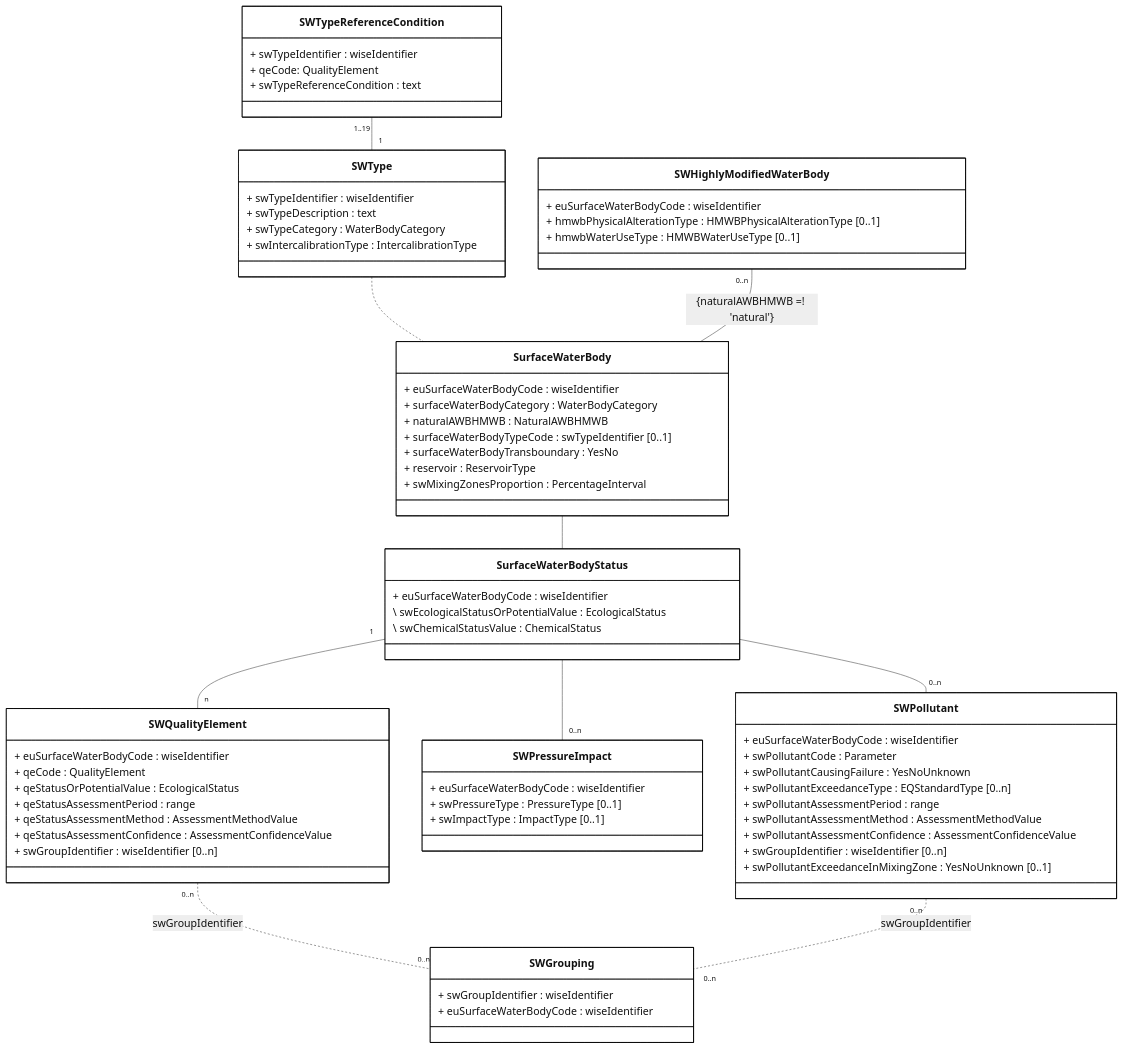
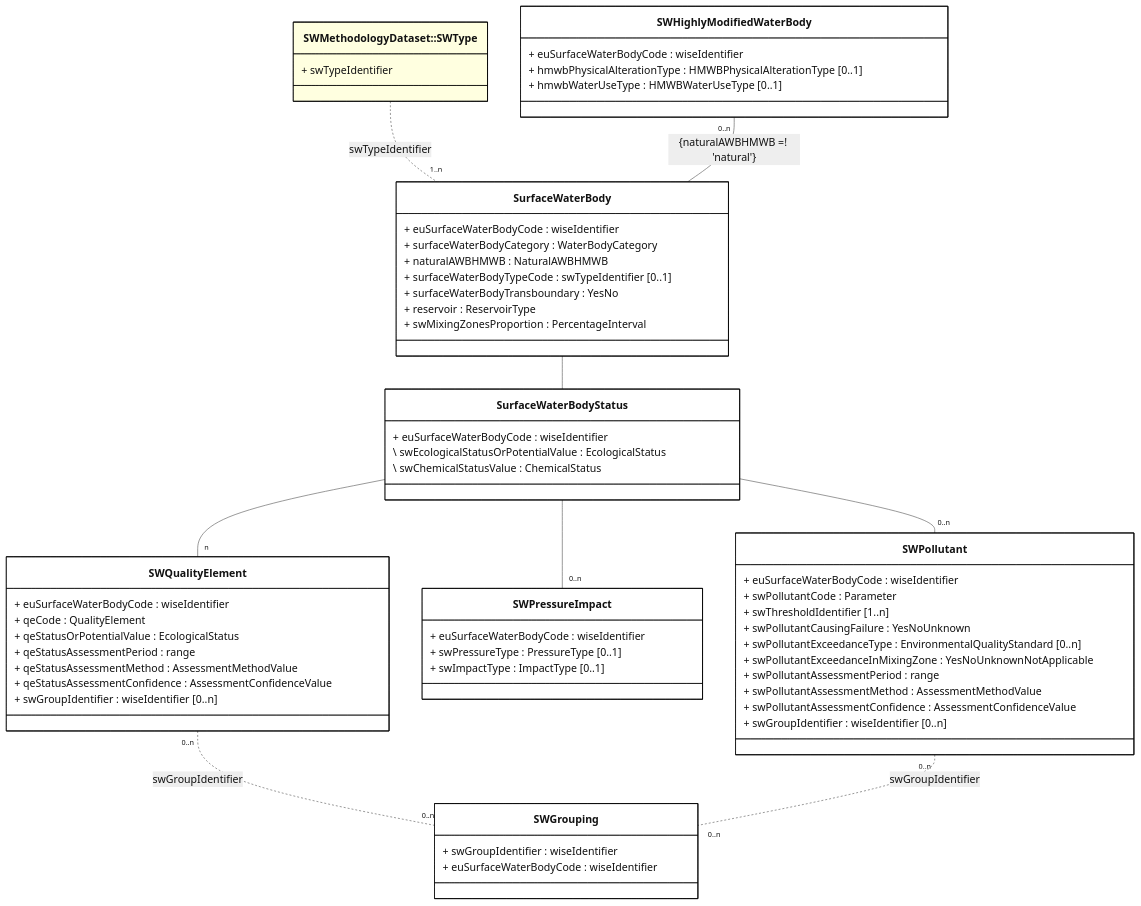
One commit to eeadata/WISE.WFD.Documentation changed the diagram in docs/DataModelReview/mmd/SurfaceWater_4thCycle_DescriptiveData_ClassDiagram.mmd. Above: the diagram before and after it, drawn with Mermaid. The commit also changed 12 other files, not shown here.

```diff
--- a/docs/DataModelReview/mmd/SurfaceWater_4thCycle_DescriptiveData_ClassDiagram.mmd
+++ b/docs/DataModelReview/mmd/SurfaceWater_4thCycle_DescriptiveData_ClassDiagram.mmd
@@ -1,90 +1,83 @@
 ---
 config:
   class:
     hideEmptyMembersBox: true
   layout: dagre
   theme: neutral
 ---
 classDiagram
 direction TB
 
 class SurfaceWaterBody {
     + euSurfaceWaterBodyCode : wiseIdentifier
     + surfaceWaterBodyCategory : WaterBodyCategory
     + naturalAWBHMWB : NaturalAWBHMWB
     + surfaceWaterBodyTypeCode : swTypeIdentifier [0..1]
     + surfaceWaterBodyTransboundary : YesNo
     + reservoir : ReservoirType
     + swMixingZonesProportion : PercentageInterval
 }
 
-class SWType {
-    + swTypeIdentifier : wiseIdentifier
-    + swTypeDescription : text
-    + swTypeCategory : WaterBodyCategory
-    + swIntercalibrationType : IntercalibrationType
-}
-
-class SWTypeReferenceCondition {
-    + swTypeIdentifier : wiseIdentifier
-    + qeCode: QualityElement
-    + swTypeReferenceCondition : text
-}
-
 class SurfaceWaterBodyStatus {
     + euSurfaceWaterBodyCode : wiseIdentifier
     \ swEcologicalStatusOrPotentialValue : EcologicalStatus
     \ swChemicalStatusValue : ChemicalStatus
 }
 
 class SWPollutant {
     + euSurfaceWaterBodyCode : wiseIdentifier
     + swPollutantCode : Parameter
+    + swThresholdIdentifier [1..n]
     + swPollutantCausingFailure : YesNoUnknown
-    + swPollutantExceedanceType : EQStandardType [0..n]
+    + swPollutantExceedanceType : EnvironmentalQualityStandard [0..n]
+    + swPollutantExceedanceInMixingZone : YesNoUnknownNotApplicable
+    
     + swPollutantAssessmentPeriod : range
     + swPollutantAssessmentMethod : AssessmentMethodValue
     + swPollutantAssessmentConfidence : AssessmentConfidenceValue
     + swGroupIdentifier : wiseIdentifier [0..n]
-    + swPollutantExceedanceInMixingZone : YesNoUnknown [0..1]
 }
 
 class SWPressureImpact {
     + euSurfaceWaterBodyCode : wiseIdentifier
     + swPressureType : PressureType [0..1]
     + swImpactType : ImpactType  [0..1]
 }
 
 class SWHighlyModifiedWaterBody {
     + euSurfaceWaterBodyCode : wiseIdentifier
     + hmwbPhysicalAlterationType : HMWBPhysicalAlterationType [0..1]
     + hmwbWaterUseType : HMWBWaterUseType [0..1]
 }
 
 class SWQualityElement{
     + euSurfaceWaterBodyCode : wiseIdentifier
     + qeCode : QualityElement
     + qeStatusOrPotentialValue : EcologicalStatus
     + qeStatusAssessmentPeriod : range
     + qeStatusAssessmentMethod : AssessmentMethodValue
     + qeStatusAssessmentConfidence : AssessmentConfidenceValue
     + swGroupIdentifier : wiseIdentifier [0..n]
 }
 class SWGrouping{
     + swGroupIdentifier : wiseIdentifier
     + euSurfaceWaterBodyCode : wiseIdentifier
 }
 
-SWTypeReferenceCondition "1..19" -- "1" SWType
-SWType .. SurfaceWaterBody
+class SWType ["SWMethodologyDataset::SWType"]:::otherDataset{
++ swTypeIdentifier
+}
+
+SWType .. "1..n" SurfaceWaterBody : swTypeIdentifier
 SWHighlyModifiedWaterBody "0..n" -- SurfaceWaterBody : {naturalAWBHMWB =! 'natural'}
 SurfaceWaterBody -- SurfaceWaterBodyStatus
-SurfaceWaterBodyStatus "1" -- "n" SWQualityElement
+SurfaceWaterBodyStatus -- "n" SWQualityElement
 SurfaceWaterBodyStatus -- "0..n" SWPressureImpact
 SurfaceWaterBodyStatus -- "0..n" SWPollutant
 
 SWQualityElement "0..n" .. "0..n" SWGrouping : swGroupIdentifier
 SWPollutant "0..n" .. "0..n" SWGrouping : swGroupIdentifier
 
 classDef default fill:white,stroke:#000;
 classDef forFixing fill:white,stroke:#f00;
+classDef otherDataset fill:lightyellow,stroke:#000;
```
